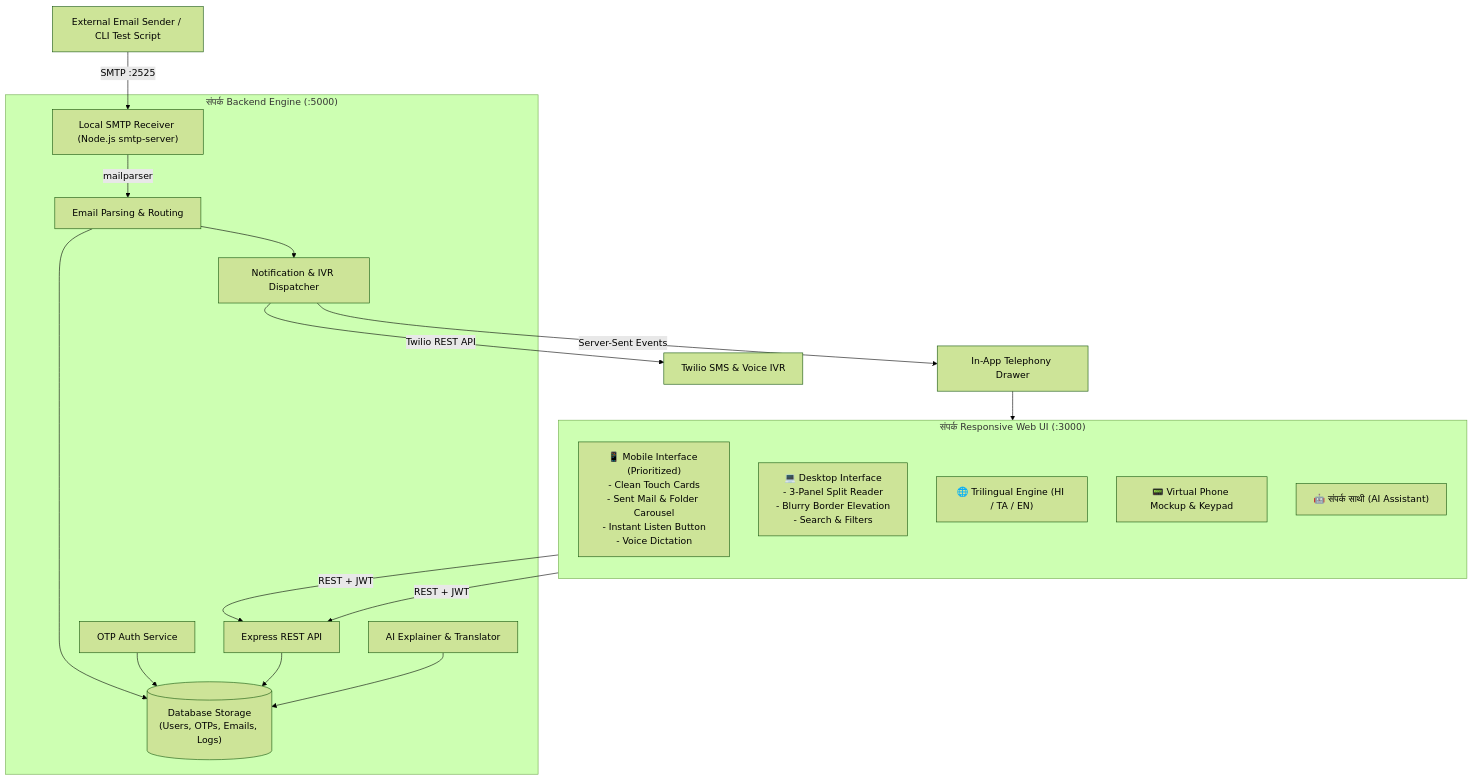
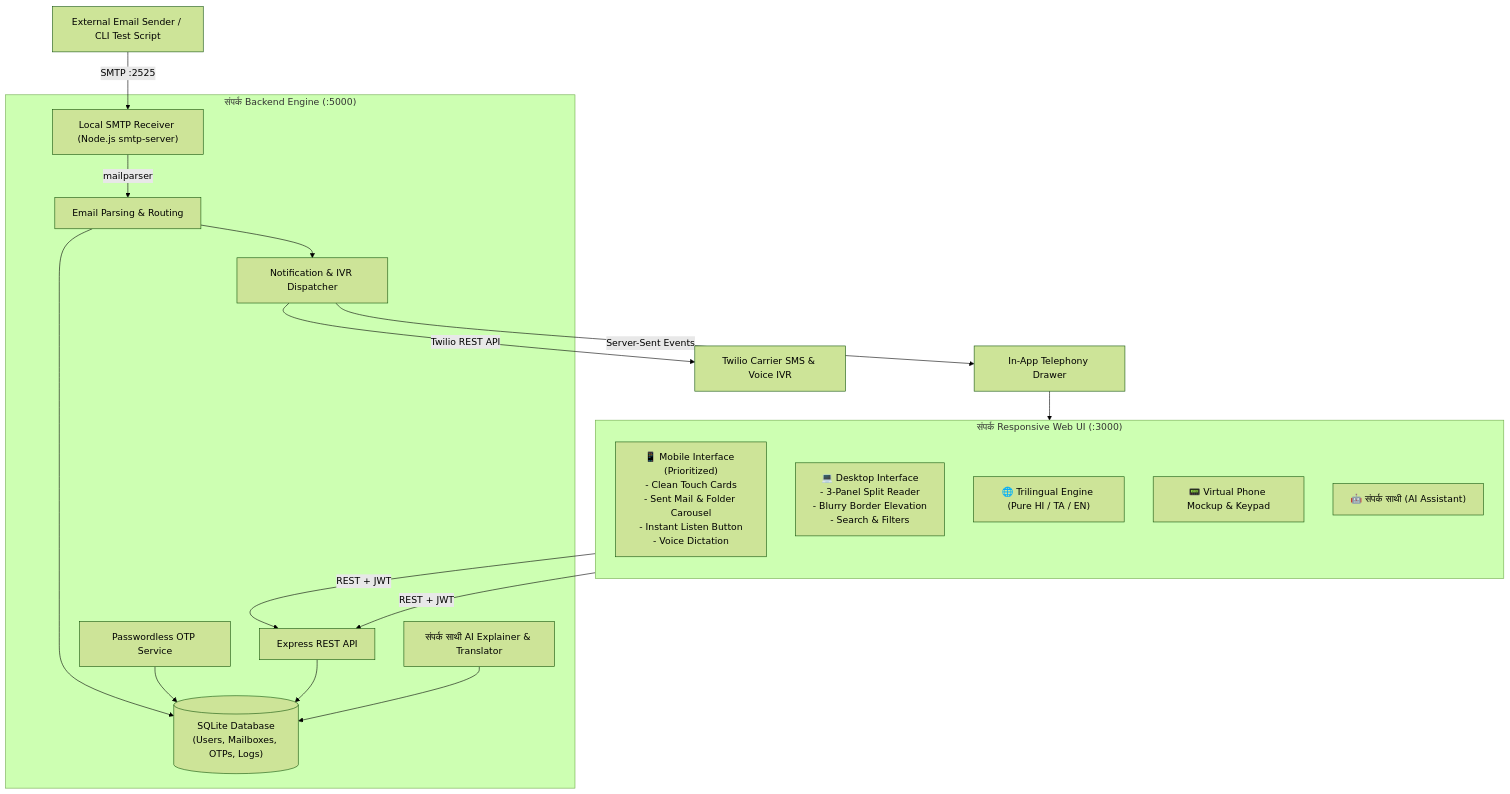
The diagram in README.md (hereAshishKumar/Sampark), drawn with Mermaid (forest theme) before and after one commit. The commit also changed other lines of this file and 3 other files, not shown here.

````diff
--- a/README.md
+++ b/README.md
@@ -46,29 +50,29 @@
 ```mermaid
 flowchart TD
     Sender["External Email Sender / CLI Test Script"] -->|SMTP :2525| SmtpServer["Local SMTP Receiver (Node.js smtp-server)"]
     
     subgraph SamparkBackend ["संपर्क Backend Engine (:5000)"]
         SmtpServer -->|mailparser| EmailEngine["Email Parsing & Routing"]
-        EmailEngine --> DB[("Database Storage\n(Users, OTPs, Emails, Logs)")]
+        EmailEngine --> DB[("SQLite Database\n(Users, Mailboxes, OTPs, Logs)")]
         EmailEngine --> Dispatcher["Notification & IVR Dispatcher"]
-        AuthService["OTP Auth Service"] --> DB
+        AuthService["Passwordless OTP Service"] --> DB
         RestAPI["Express REST API"] --> DB
-        AiEngine["AI Explainer & Translator"] --> DB
+        AiEngine["संपर्क साथी AI Explainer & Translator"] --> DB
     end
 
-    Dispatcher -->|Twilio REST API| RealTwilio["Twilio SMS & Voice IVR"]
+    Dispatcher -->|Twilio REST API| RealTwilio["Twilio Carrier SMS & Voice IVR"]
     Dispatcher -->|Server-Sent Events| LiveSimulator["In-App Telephony Drawer"]
 
     subgraph SamparkFrontend ["संपर्क Responsive Web UI (:3000)"]
         direction TB
         MobileView["📱 Mobile Interface (Prioritized)\n- Clean Touch Cards\n- Sent Mail & Folder Carousel\n- Instant Listen Button\n- Voice Dictation"]
         DesktopView["💻 Desktop Interface\n- 3-Panel Split Reader\n- Blurry Border Elevation\n- Search & Filters"]
-        LangEngine["🌐 Trilingual Engine (HI / TA / EN)"]
+        LangEngine["🌐 Trilingual Engine (Pure HI / TA / EN)"]
         VirtualPhone["📟 Virtual Phone Mockup & Keypad"]
         AiAssistant["🤖 संपर्क साथी (AI Assistant)"]
     end
 
     MobileView -->|REST + JWT| RestAPI
     DesktopView -->|REST + JWT| RestAPI
     LiveSimulator --> VirtualPhone
 ```
````
